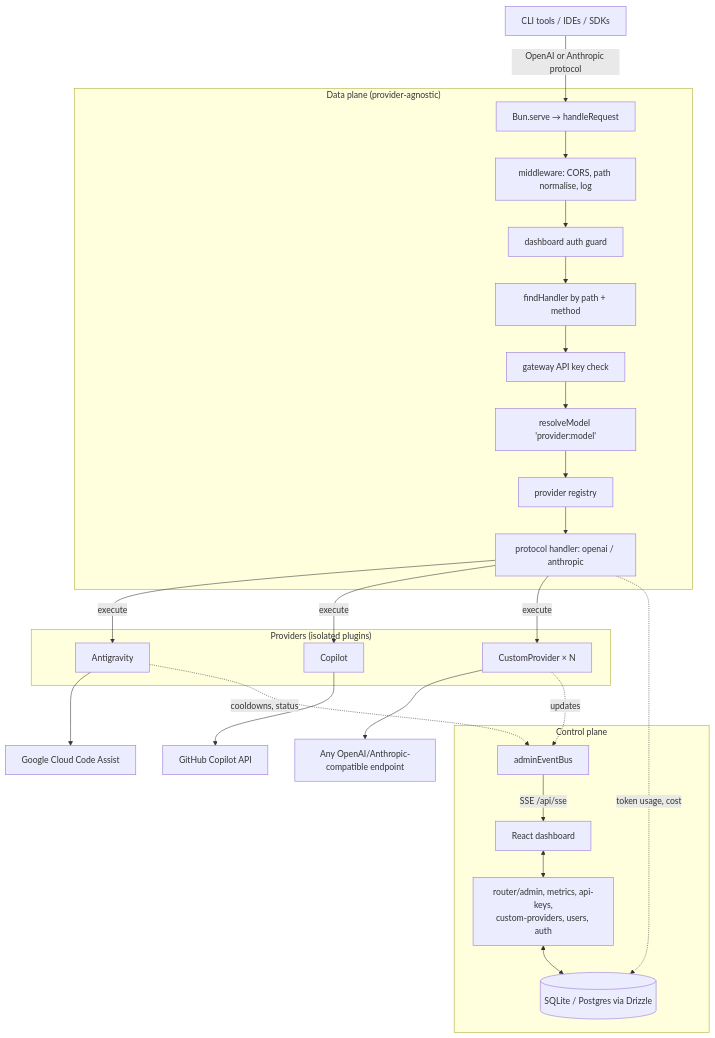
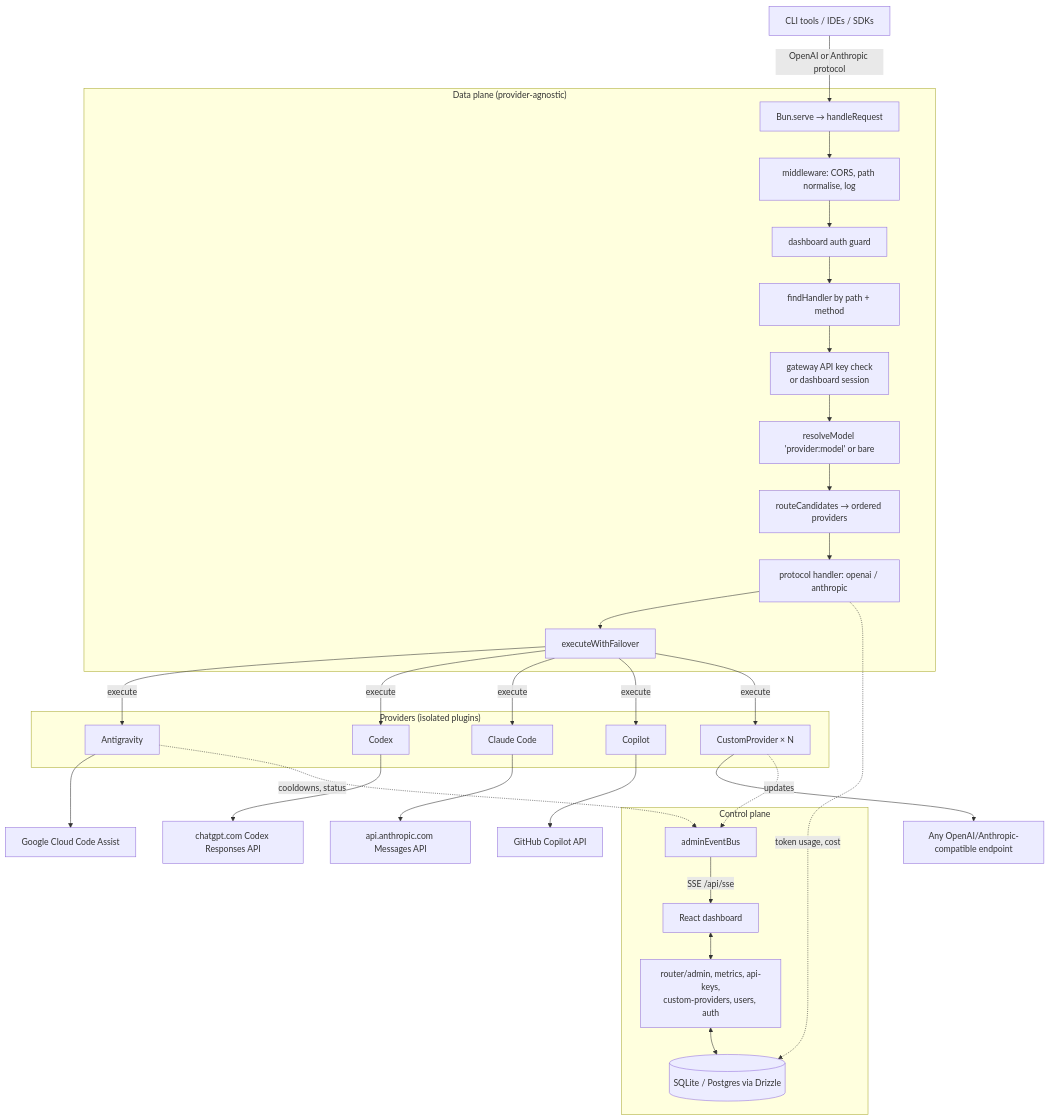
Before and after one commit to nouverse/nougate: the first of 2 diagrams in docs/ARCHITECTURE.md, drawn with Mermaid. The commit also changed other lines of this file and 11 other files, not shown here.

Commit message:
feat: add cross-provider failover and codex support

````diff
--- a/docs/ARCHITECTURE.md
+++ b/docs/ARCHITECTURE.md
@@ -21,37 +21,42 @@
 ```mermaid
 graph TD
     Client[CLI tools / IDEs / SDKs] -->|OpenAI or Anthropic protocol| Ingress[Bun.serve → handleRequest]
 
     subgraph DataPlane["Data plane (provider-agnostic)"]
         Ingress --> MW[middleware: CORS, path normalise, log]
         MW --> Guard[dashboard auth guard]
         Guard --> Find[findHandler by path + method]
-        Find --> KeyAuth[gateway API key check]
-        KeyAuth --> Resolve[resolveModel 'provider:model']
-        Resolve --> Reg[provider registry]
-        Reg --> Proto[protocol handler: openai / anthropic]
+        Find --> KeyAuth[gateway API key check<br/>or dashboard session]
+        KeyAuth --> Resolve[resolveModel 'provider:model' or bare]
+        Resolve --> Route[routeCandidates → ordered providers]
+        Route --> Proto[protocol handler: openai / anthropic]
+        Proto --> Fail[executeWithFailover]
     end
 
     subgraph Providers["Providers (isolated plugins)"]
-        Proto -->|execute| AG[Antigravity]
-        Proto -->|execute| CP[Copilot]
-        Proto -->|execute| CU[CustomProvider × N]
+        Fail -->|execute| AG[Antigravity]
+        Fail -->|execute| CX[Codex]
+        Fail -->|execute| CC[Claude Code]
+        Fail -->|execute| CP[Copilot]
+        Fail -->|execute| CU[CustomProvider × N]
     end
 
     AG --> Google[Google Cloud Code Assist]
+    CX --> OpenAI[chatgpt.com Codex Responses API]
+    CC --> Anthropic[api.anthropic.com Messages API]
     CP --> GitHub[GitHub Copilot API]
     CU --> Any[Any OpenAI/Anthropic-compatible endpoint]
 
     subgraph Control["Control plane"]
         Admin[router/admin, metrics, api-keys,<br/>custom-providers, users, auth]
         DB[(SQLite / Postgres via Drizzle)]
         Bus[adminEventBus]
         Admin <--> DB
         Bus -->|SSE /api/sse| Dash[React dashboard]
         Dash <--> Admin
     end
 
     Proto -.->|token usage, cost| DB
     AG -.->|cooldowns, status| Bus
     CU -.->|updates| Bus
 ```
````
